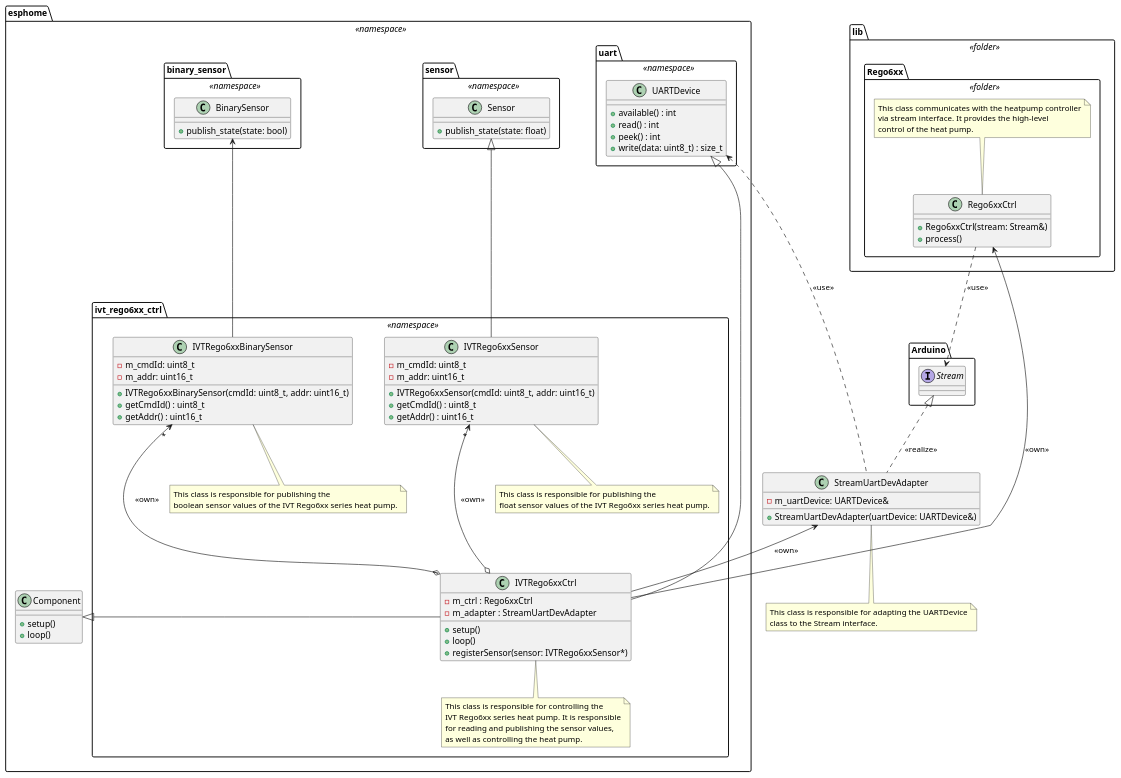
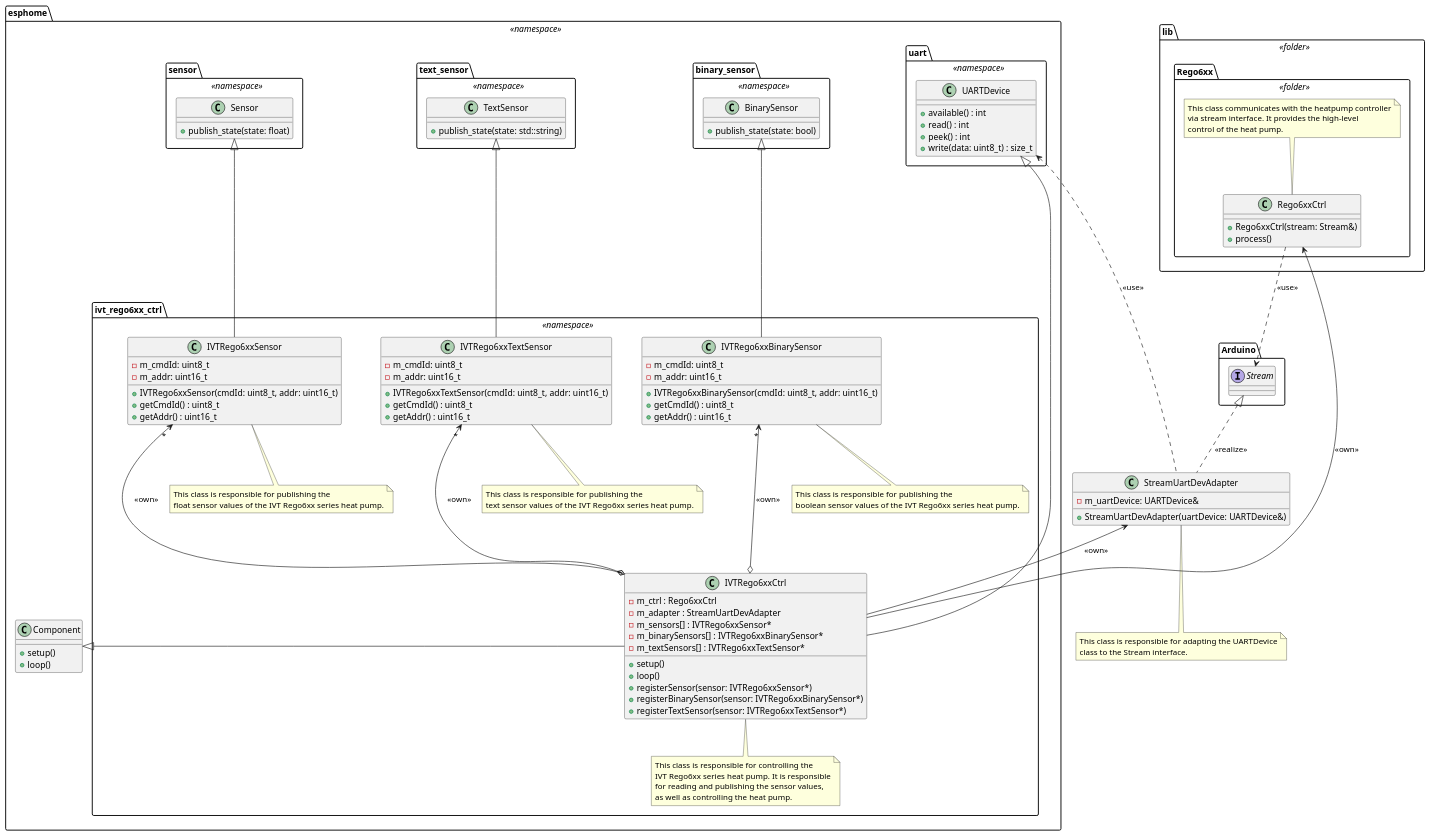
The diagram in doc/sw-architecture/class_diagram.puml (BlueAndi/IVTRego6xxControl), drawn with PlantUML before and after one commit. The commit also changed 10 other files, not shown here.

Commit message:
Text sensors implemented to read the display rows.

```diff
--- a/doc/sw-architecture/class_diagram.puml
+++ b/doc/sw-architecture/class_diagram.puml
@@ -1,125 +1,152 @@
 @startuml class_diagram
 
 package "esphome" <<namespace>> {
 
     package "uart" <<namespace>> as uartPckg {
 
         class "UARTDevice" as uartDevice {
             + available() : int
             + read() : int
             + peek() : int
             + write(data: uint8_t) : size_t
         }
     }
 
     class "Component" as comp {
         + setup()
         + loop()
     }
 
     package "sensor" <<namespace>> as sensorPckg {
 
         class "Sensor" as sensor {
             + publish_state(state: float)
         }
     }
 
     package "binary_sensor" <<namespace>> as binarySensorPckg {
 
         class "BinarySensor" as binarySensor {
             + publish_state(state: bool)
         }
     }
 
+    package "text_sensor" <<namespace>> as textSensorPckg {
+
+        class "TextSensor" as textSensor {
+            + publish_state(state: std::string)
+        }
+    }
+
     package "ivt_rego6xx_ctrl" <<namespace>> as ivtRego6xxCtrlPckg {
 
         class "IVTRego6xxCtrl" as ivtRego6xxCtrl {
             - m_ctrl : Rego6xxCtrl
             - m_adapter : StreamUartDevAdapter
+            - m_sensors[] : IVTRego6xxSensor*
+            - m_binarySensors[] : IVTRego6xxBinarySensor*
+            - m_textSensors[] : IVTRego6xxTextSensor*
             + setup()
             + loop()
             + registerSensor(sensor: IVTRego6xxSensor*)
+            + registerBinarySensor(sensor: IVTRego6xxBinarySensor*)
+            + registerTextSensor(sensor: IVTRego6xxTextSensor*)
         }
 
         class "IVTRego6xxSensor" as ivtRego6xxSensor {
             - m_cmdId: uint8_t
             - m_addr: uint16_t
             + IVTRego6xxSensor(cmdId: uint8_t, addr: uint16_t)
             + getCmdId() : uint8_t
             + getAddr() : uint16_t
         }
 
         class "IVTRego6xxBinarySensor" as ivtRego6xxBinarySensor {
             - m_cmdId: uint8_t
             - m_addr: uint16_t
             + IVTRego6xxBinarySensor(cmdId: uint8_t, addr: uint16_t)
+            + getCmdId() : uint8_t
+            + getAddr() : uint16_t
+        }
+
+        class "IVTRego6xxTextSensor" as ivtRego6xxTextSensor {
+            - m_cmdId: uint8_t
+            - m_addr: uint16_t
+            + IVTRego6xxTextSensor(cmdId: uint8_t, addr: uint16_t)
             + getCmdId() : uint8_t
             + getAddr() : uint16_t
         }
 
         note bottom of ivtRego6xxCtrl
             This class is responsible for controlling the
             IVT Rego6xx series heat pump. It is responsible
             for reading and publishing the sensor values,
             as well as controlling the heat pump.
         end note
 
         note bottom of ivtRego6xxSensor
             This class is responsible for publishing the
             float sensor values of the IVT Rego6xx series heat pump.
         end note
 
         note bottom of ivtRego6xxBinarySensor
             This class is responsible for publishing the
             boolean sensor values of the IVT Rego6xx series heat pump.
+        end note
+
+        note bottom of ivtRego6xxTextSensor
+            This class is responsible for publishing the
+            text sensor values of the IVT Rego6xx series heat pump.
         end note
     }
 }
 
 class "StreamUartDevAdapter" as streamUartDevAdapter {
     - m_uartDevice: UARTDevice&
     + StreamUartDevAdapter(uartDevice: UARTDevice&)
 }
 
 note bottom of streamUartDevAdapter
     This class is responsible for adapting the UARTDevice
     class to the Stream interface.
 end note
 
 package "lib" <<folder>> as libPckg {
 
     package "Rego6xx" <<folder>> as rego6xxPckg {
 
         class "Rego6xxCtrl" as rego6xxCtrl {
             + Rego6xxCtrl(stream: Stream&)
             + process()
         }
 
         note top of rego6xxCtrl
             This class communicates with the heatpump controller
             via stream interface. It provides the high-level
             control of the heat pump.
         end note
     }
 }
 
 package "Arduino" as arduinoPckg {
     interface "Stream" as stream
 }
 
 uartDevice <|----- ivtRego6xxCtrl
 comp <|- ivtRego6xxCtrl
 rego6xxCtrl <-- ivtRego6xxCtrl: <<own>>
 streamUartDevAdapter <-- ivtRego6xxCtrl: <<own>>
 ivtRego6xxSensor "*" <---o ivtRego6xxCtrl: <<own>>
 ivtRego6xxBinarySensor "*" <---o ivtRego6xxCtrl: <<own>>
+ivtRego6xxTextSensor "*" <---o ivtRego6xxCtrl: <<own>>
 
 stream <|.. streamUartDevAdapter: <<realize>>
 uartDevice <.. streamUartDevAdapter: <<use>>
 
 rego6xxCtrl ..> stream: <<use>>
 
 sensor <|--- ivtRego6xxSensor
-binarySensor <--- ivtRego6xxBinarySensor
+binarySensor <|--- ivtRego6xxBinarySensor
+textSensor <|--- ivtRego6xxTextSensor
 
 @enduml
```
